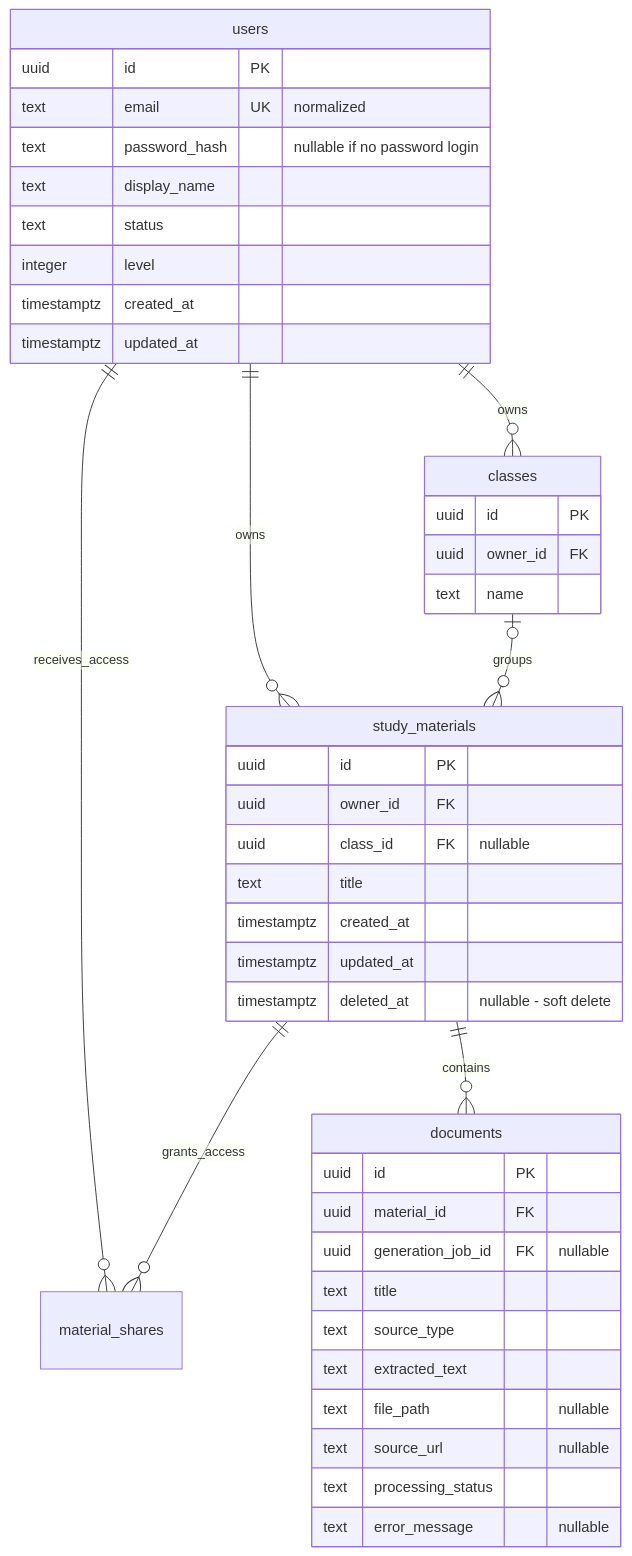
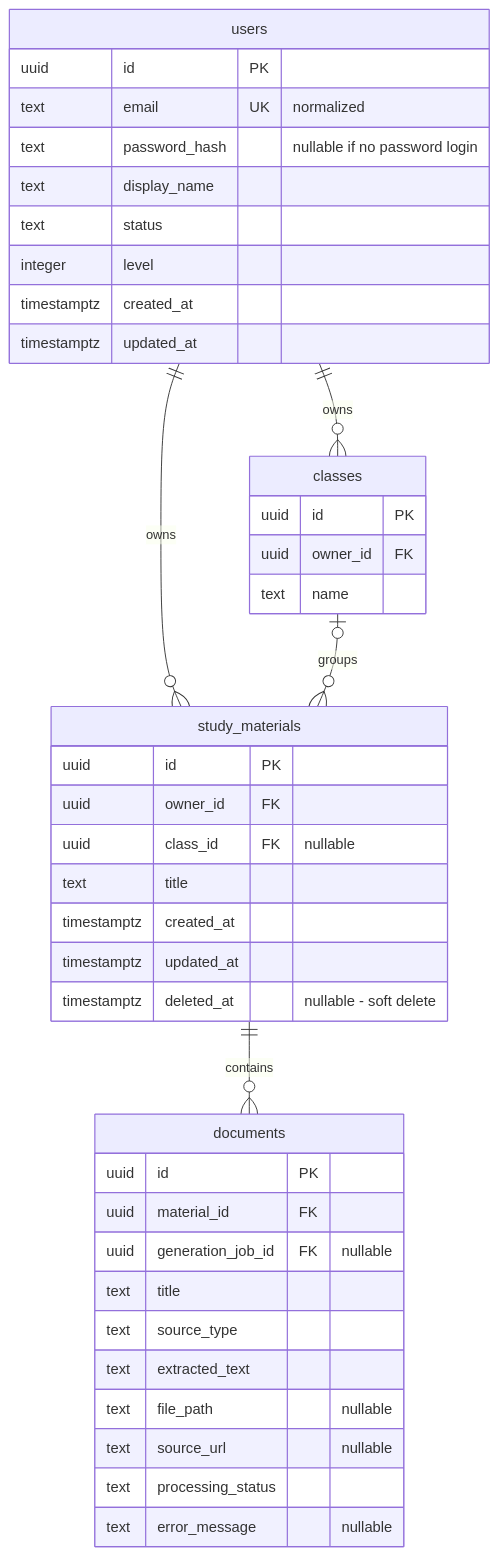
The second of 6 diagrams in docs/database/erd.md (PT-Giang/PTG_Frontend), drawn with Mermaid before and after one commit. The commit also changed other lines of this file and 37 other files, not shown here.

````diff
--- a/docs/database/erd.md
+++ b/docs/database/erd.md
@@ -63,45 +60,43 @@
 ```mermaid
 erDiagram
     users {
         uuid id PK
         text email UK "normalized"
         text password_hash "nullable if no password login"
         text display_name
         text status
         integer level
         timestamptz created_at
         timestamptz updated_at
     }
     classes {
         uuid id PK
         uuid owner_id FK
         text name
     }
     study_materials {
         uuid id PK
         uuid owner_id FK
         uuid class_id FK "nullable"
         text title
         timestamptz created_at
         timestamptz updated_at
         timestamptz deleted_at "nullable - soft delete"
     }
     documents {
         uuid id PK
         uuid material_id FK
         uuid generation_job_id FK "nullable"
         text title
         text source_type
         text extracted_text
         text file_path "nullable"
         text source_url "nullable"
         text processing_status
         text error_message "nullable"
     }
-    users ||--o{ material_shares : receives_access
-    study_materials ||--o{ material_shares : grants_access
     users ||--o{ classes : owns
     users ||--o{ study_materials : owns
     classes o|--o{ study_materials : groups
     study_materials ||--o{ documents : contains
 ```
````
